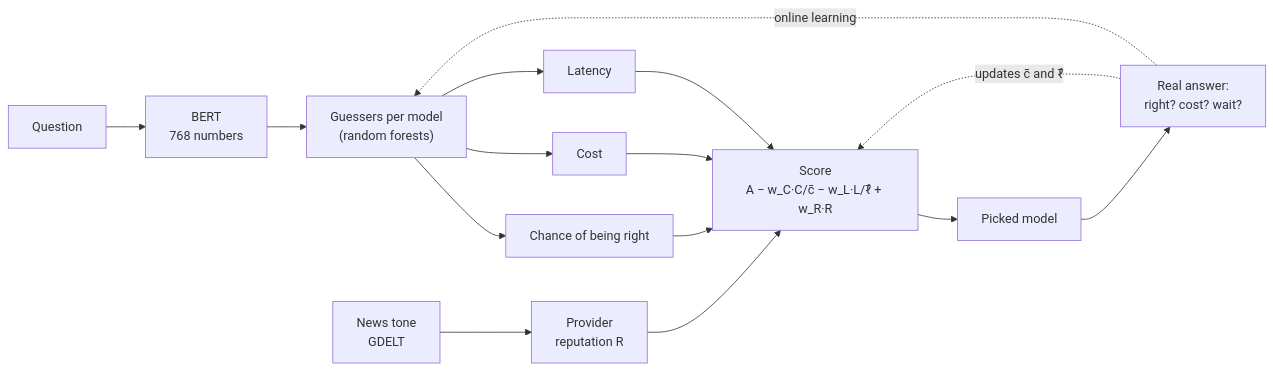
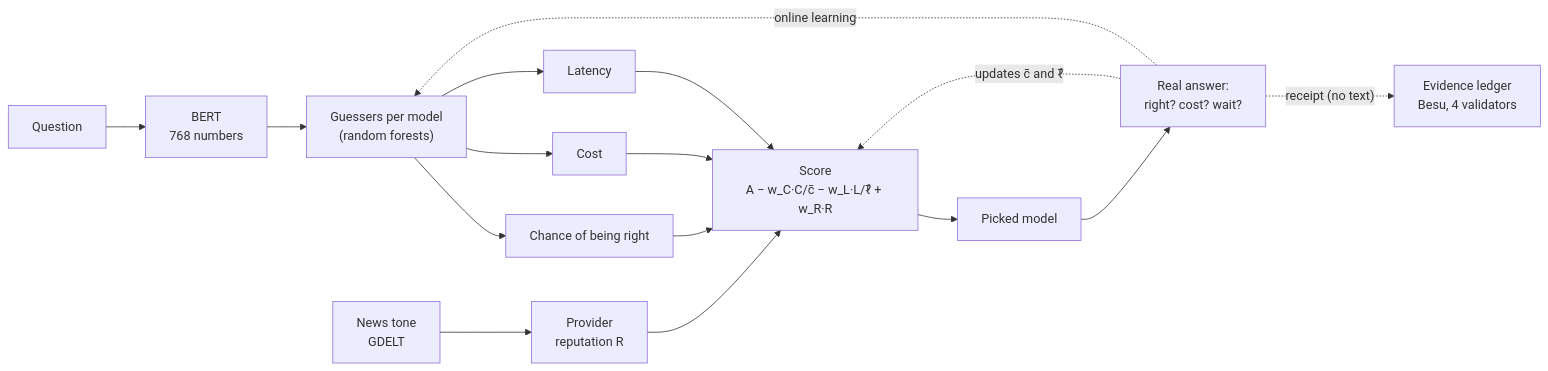
One commit to yigitskaplan/ChainRouteLLM changed the diagram in README.md. Above: the diagram before and after it, drawn with Mermaid. The commit also changed other lines of this file and 21 other files, not shown here.

First line of the commit message:
Add Stage 5: evidence ledger on a 4-validator Hyperledger Besu network (#6)

````diff
--- a/README.md
+++ b/README.md
@@ -25,14 +25,15 @@
 ```mermaid
 flowchart LR
     Q[Question] --> B[BERT<br/>768 numbers]
     B --> G["Guessers per model<br/>(random forests)"]
     G --> A[Chance of being right]
     G --> C[Cost]
     G --> L[Latency]
     N[News tone<br/>GDELT] --> R[Provider<br/>reputation R]
     A & C & L & R --> S["Score<br/>A − w_C·C/c̄ − w_L·L/ℓ̄ + w_R·R"]
     S --> M[Picked model]
     M --> E["Real answer:<br/>right? cost? wait?"]
     E -. online learning .-> G
     E -. updates c̄ and ℓ̄ .-> S
+    E -. "receipt (no text)" .-> LG["Evidence ledger<br/>Besu, 4 validators"]
 ```
````
